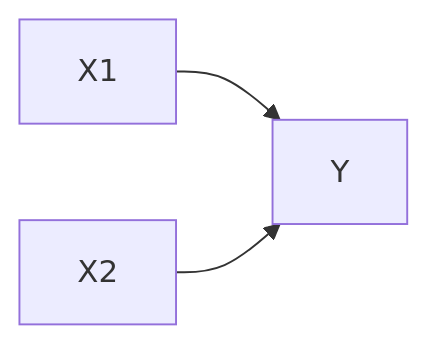
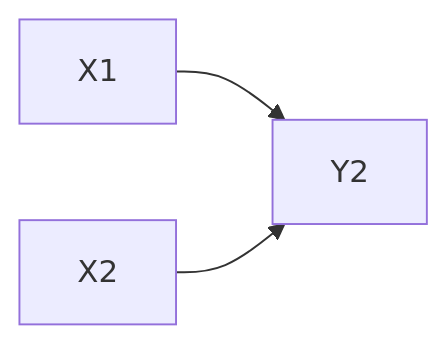
Before and after one commit to sebastiansauer/start-bayes: the third of 4 diagrams in Inferenz.qmd, drawn with Mermaid. The commit also changed other lines of this file and 1244 other files, not shown here.

````diff
--- a/Inferenz.qmd
+++ b/Inferenz.qmd
@@ -285,8 +284,7 @@
 ```{mermaid}
-%%| label: fig-xy2
-%%| fig-cap: Sinnbild eines stastistischen Modells, mit zwei Inputvariablen (Ursachen)
+%%| fig-cap: Sinnbild eines statistischen Modells, mit zwei Inputvariablen (Ursachen)
 
 flowchart LR
-X1 --> Y
-X2 --> Y
+X1 --> Y2
+X2 --> Y2
 ```
````
